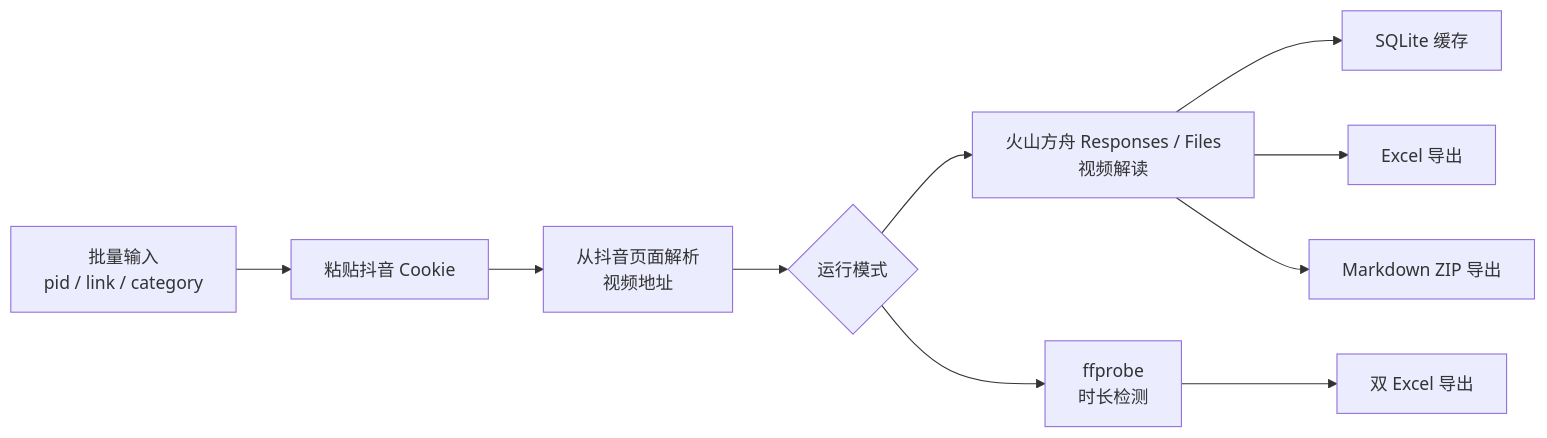
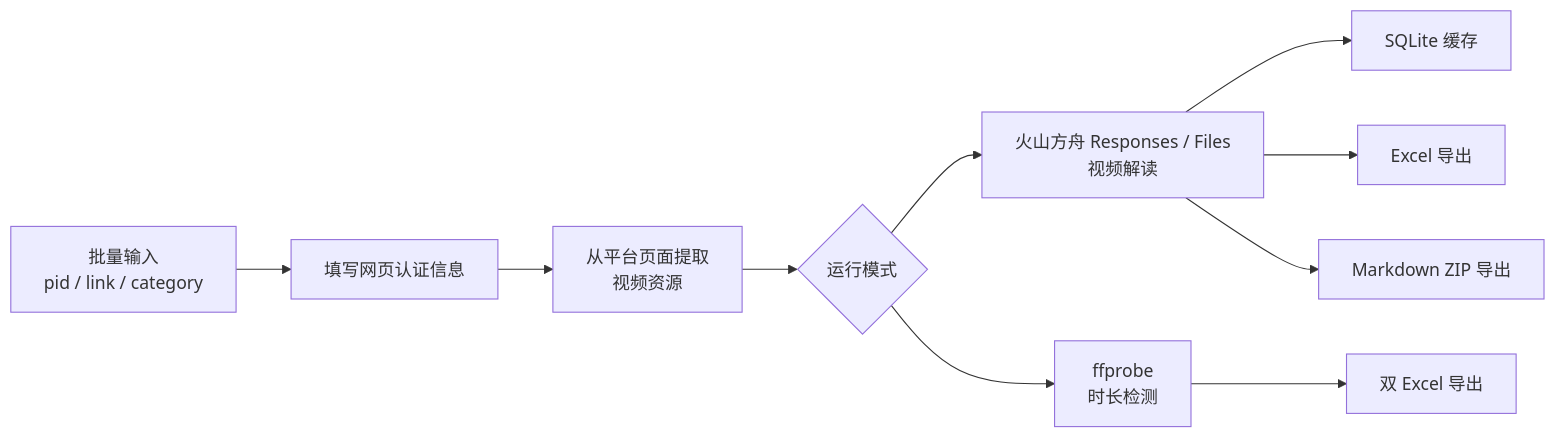
The diagram in README.md (yycy134679/video2prompt), drawn with Mermaid before and after one commit. The commit also changed other lines of this file and 2 other files, not shown here.

````diff
--- a/README.md
+++ b/README.md
@@ -42,12 +42,12 @@
 ```mermaid
 flowchart LR
-  A["批量输入<br/>pid / link / category"] --> B["粘贴抖音 Cookie"]
-  B --> C["从抖音页面解析<br/>视频地址"]
+  A["批量输入<br/>pid / link / category"] --> B["填写网页认证信息"]
+  B --> C["从平台页面提取<br/>视频资源"]
   C --> D{"运行模式"}
   D --> E["火山方舟 Responses / Files<br/>视频解读"]
   D --> F["ffprobe<br/>时长检测"]
   E --> G["SQLite 缓存"]
   E --> H["Excel 导出"]
   E --> I["Markdown ZIP 导出"]
   F --> J["双 Excel 导出"]
 ```
````
